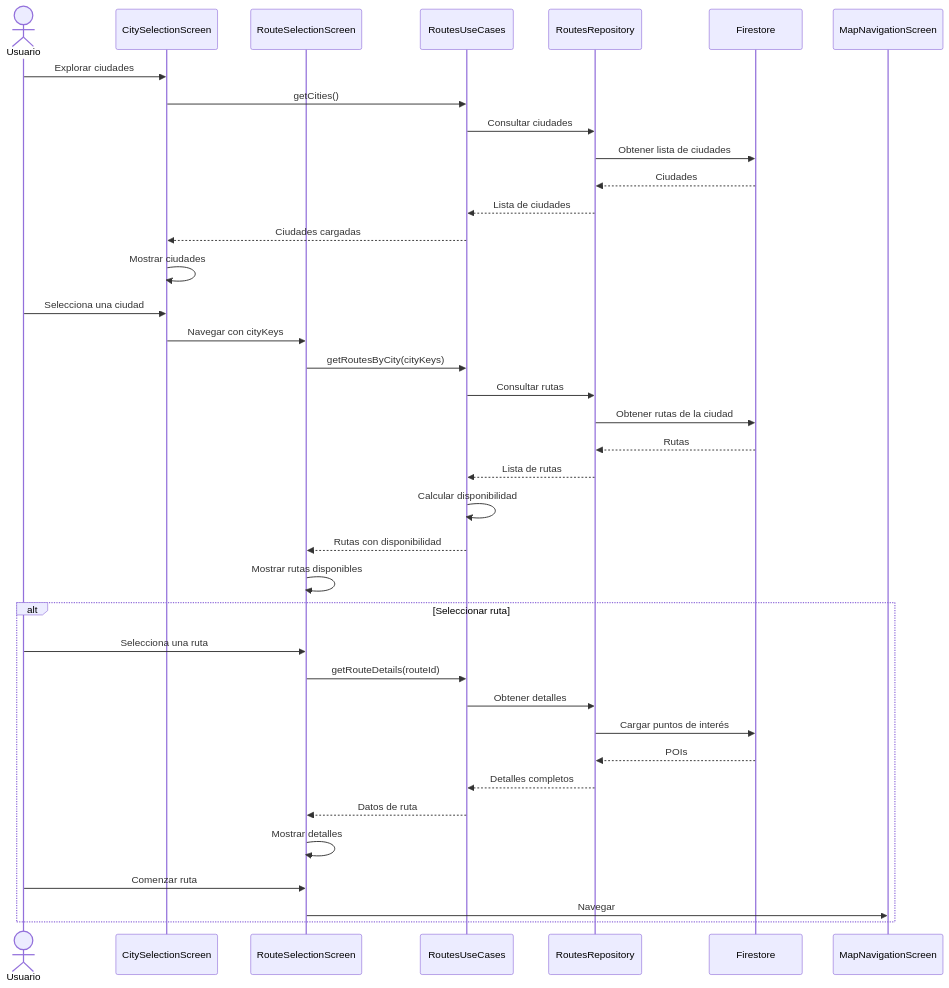
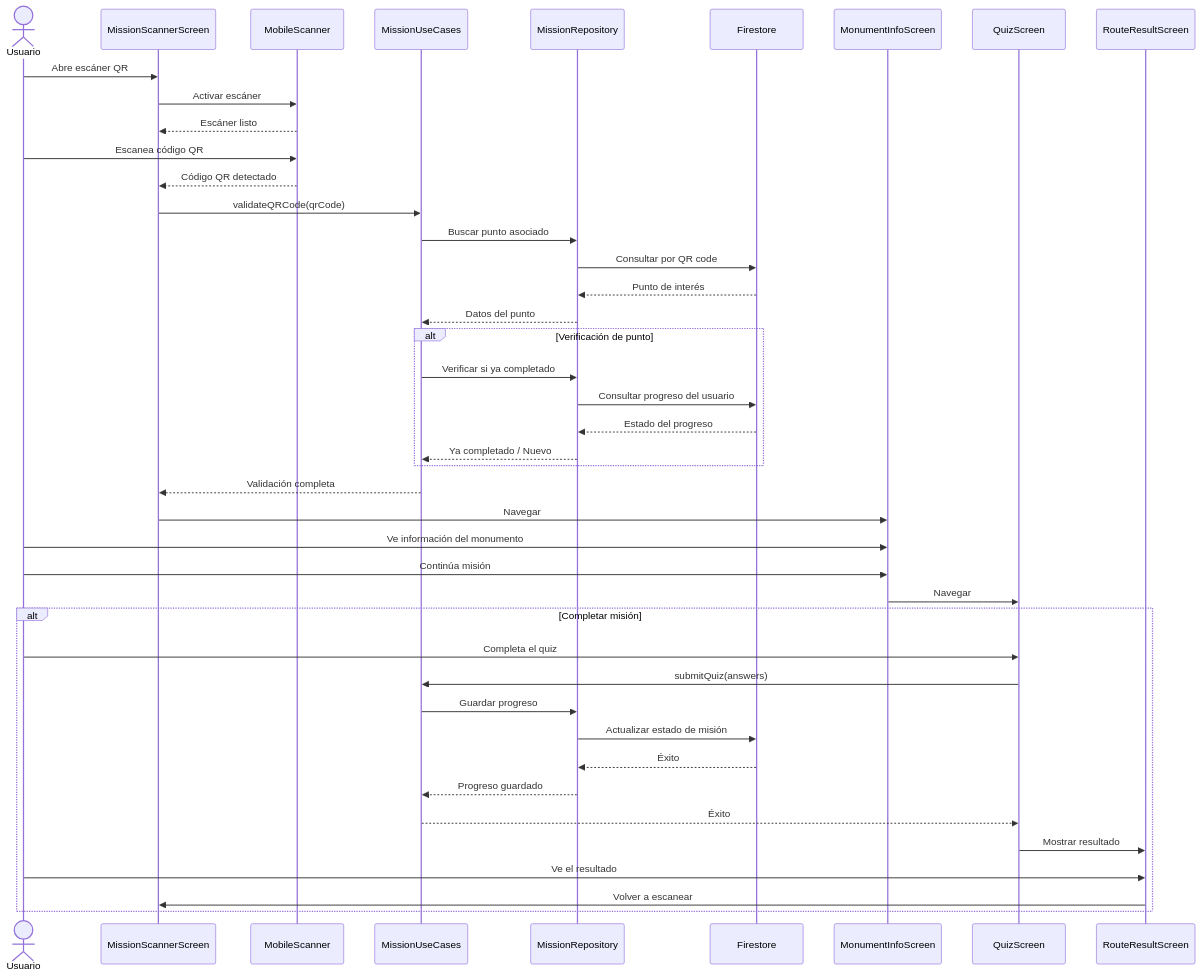
Before and after one commit to TurisTechTeam-Dev/rutexgo-assets: the first of 7 diagrams in diagrama.md, drawn with Mermaid.

````diff
--- a/diagrama.md
+++ b/diagrama.md
@@ -1,42 +1,50 @@
 ```mermaid
 sequenceDiagram
     actor Usuario
-    participant CitySelectionScreen
-    participant RouteSelectionScreen
-    participant RoutesUseCases
-    participant RoutesRepository
+    participant MissionScannerScreen
+    participant MobileScanner
+    participant MissionUseCases
+    participant MissionRepository
     participant Firestore
+    participant MonumentInfoScreen
+    participant QuizScreen
+    participant RouteResultScreen
 
-    Usuario->>CitySelectionScreen: Explorar ciudades
-    CitySelectionScreen->>RoutesUseCases: getCities()
-    RoutesUseCases->>RoutesRepository: Consultar ciudades
-    RoutesRepository->>Firestore: Obtener lista de ciudades
-    Firestore-->>RoutesRepository: Ciudades
-    RoutesRepository-->>RoutesUseCases: Lista de ciudades
-    RoutesUseCases-->>CitySelectionScreen: Ciudades cargadas
-    CitySelectionScreen->>CitySelectionScreen: Mostrar ciudades
+    Usuario->>MissionScannerScreen: Abre escáner QR
+    MissionScannerScreen->>MobileScanner: Activar escáner
+    MobileScanner-->>MissionScannerScreen: Escáner listo
 
-    Usuario->>CitySelectionScreen: Selecciona una ciudad
-    CitySelectionScreen->>RouteSelectionScreen: Navegar con cityKeys
-    RouteSelectionScreen->>RoutesUseCases: getRoutesByCity(cityKeys)
-    RoutesUseCases->>RoutesRepository: Consultar rutas
-    RoutesRepository->>Firestore: Obtener rutas de la ciudad
-    Firestore-->>RoutesRepository: Rutas
-    RoutesRepository-->>RoutesUseCases: Lista de rutas
-    RoutesUseCases->>RoutesUseCases: Calcular disponibilidad
-    RoutesUseCases-->>RouteSelectionScreen: Rutas con disponibilidad
-    RouteSelectionScreen->>RouteSelectionScreen: Mostrar rutas disponibles
+    Usuario->>MobileScanner: Escanea código QR
+    MobileScanner-->>MissionScannerScreen: Código QR detectado
+    MissionScannerScreen->>MissionUseCases: validateQRCode(qrCode)
+    MissionUseCases->>MissionRepository: Buscar punto asociado
+    MissionRepository->>Firestore: Consultar por QR code
+    Firestore-->>MissionRepository: Punto de interés
+    MissionRepository-->>MissionUseCases: Datos del punto
 
-    alt Seleccionar ruta
-        Usuario->>RouteSelectionScreen: Selecciona una ruta
-        RouteSelectionScreen->>RoutesUseCases: getRouteDetails(routeId)
-        RoutesUseCases->>RoutesRepository: Obtener detalles
-        RoutesRepository->>Firestore: Cargar puntos de interés
-        Firestore-->>RoutesRepository: POIs
-        RoutesRepository-->>RoutesUseCases: Detalles completos
-        RoutesUseCases-->>RouteSelectionScreen: Datos de ruta
-        RouteSelectionScreen->>RouteSelectionScreen: Mostrar detalles
-        Usuario->>RouteSelectionScreen: Comenzar ruta
-        RouteSelectionScreen->>MapNavigationScreen: Navegar
+    alt Verificación de punto
+        MissionUseCases->>MissionRepository: Verificar si ya completado
+        MissionRepository->>Firestore: Consultar progreso del usuario
+        Firestore-->>MissionRepository: Estado del progreso
+        MissionRepository-->>MissionUseCases: Ya completado / Nuevo
+    end
+
+    MissionUseCases-->>MissionScannerScreen: Validación completa
+    MissionScannerScreen->>MonumentInfoScreen: Navegar
+    Usuario->>MonumentInfoScreen: Ve información del monumento
+    Usuario->>MonumentInfoScreen: Continúa misión
+    MonumentInfoScreen->>QuizScreen: Navegar
+
+    alt Completar misión
+        Usuario->>QuizScreen: Completa el quiz
+        QuizScreen->>MissionUseCases: submitQuiz(answers)
+        MissionUseCases->>MissionRepository: Guardar progreso
+        MissionRepository->>Firestore: Actualizar estado de misión
+        Firestore-->>MissionRepository: Éxito
+        MissionRepository-->>MissionUseCases: Progreso guardado
+        MissionUseCases-->>QuizScreen: Éxito
+        QuizScreen->>RouteResultScreen: Mostrar resultado
+        Usuario->>RouteResultScreen: Ve el resultado
+        RouteResultScreen->>MissionScannerScreen: Volver a escanear
     end
 ```
````
